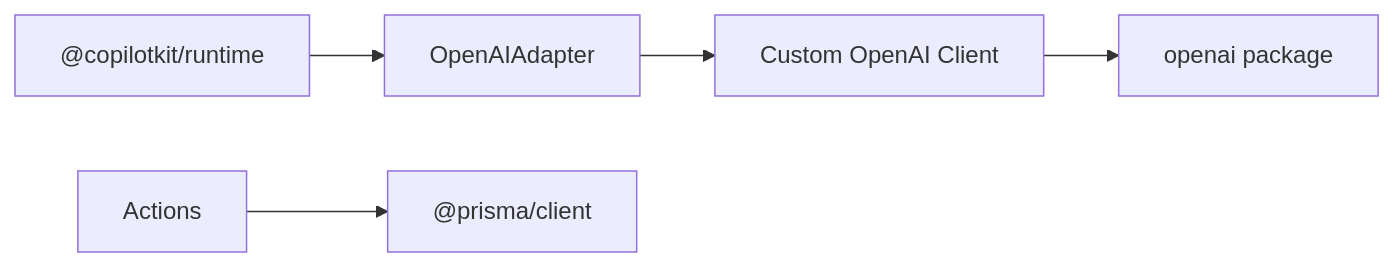
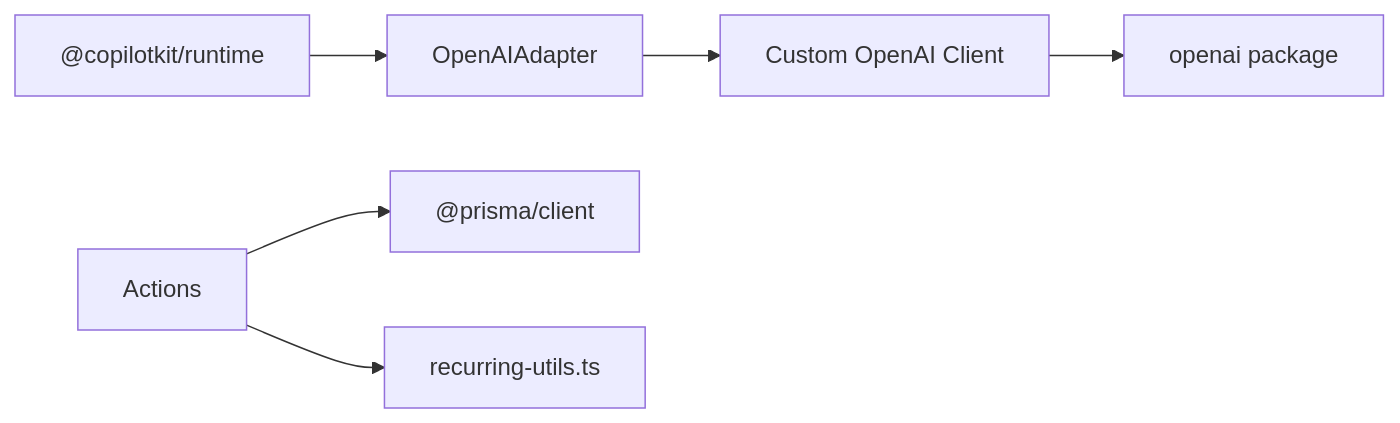
Before and after one commit to peixuanhu/goal-mate: the sixth of 6 diagrams in .qoder/repowiki/en/content/AI Assistant Integration/CopilotKit Runtime Configuration.md, drawn with Mermaid. The commit also changed other lines of this file and 5 other files, not shown here.

````diff
--- a/.qoder/repowiki/en/content/AI Assistant Integration/CopilotKit Runtime Configuration.md
+++ b/.qoder/repowiki/en/content/AI Assistant Integration/CopilotKit Runtime Configuration.md
@@ -224,7 +294,8 @@
 ```mermaid
 graph LR
 Runtime["@copilotkit/runtime"] --> Adapter["OpenAIAdapter"]
 Adapter --> CustomClient["Custom OpenAI Client"]
 CustomClient --> OpenAISDK["openai package"]
 Actions["Actions"] --> Prisma["@prisma/client"]
+Actions --> RecurringUtils["recurring-utils.ts"]
 ```
````
